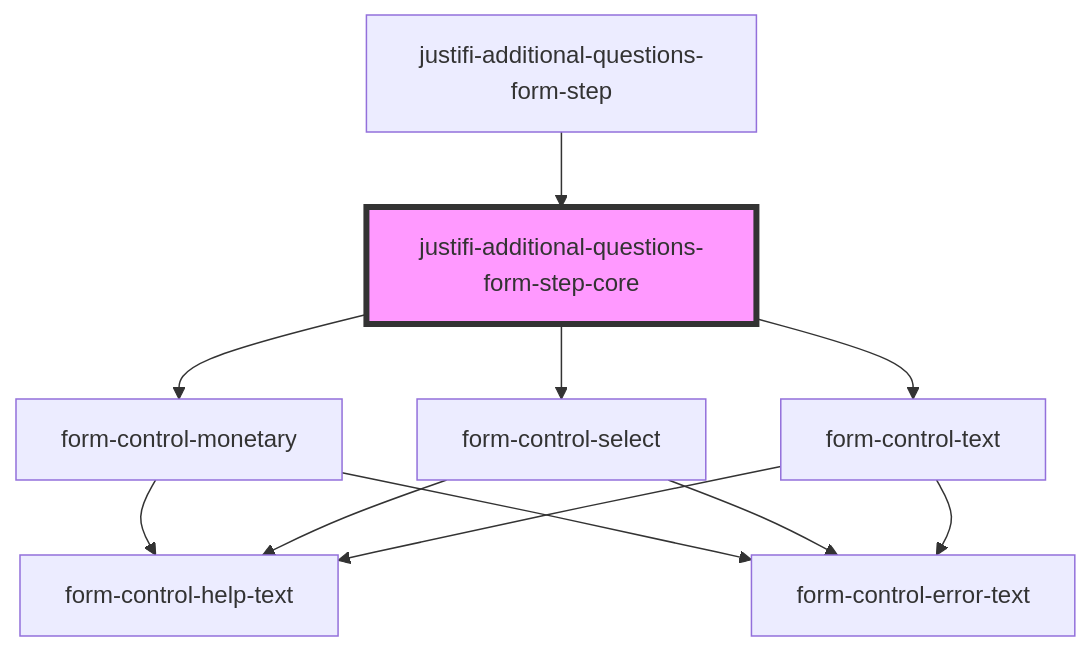
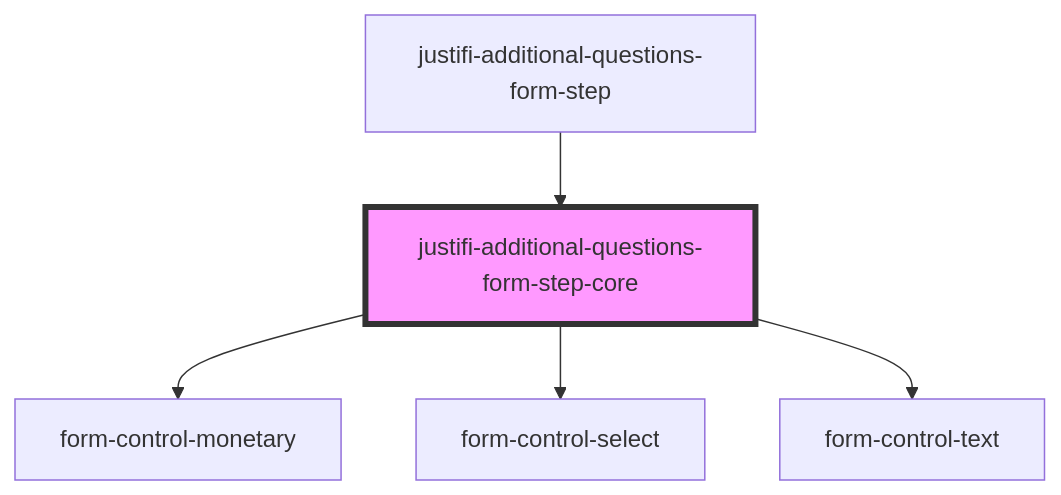
The diagram in packages/webcomponents/src/components/business-forms/payment-provisioning/additional-questions/readme.md (justifi-tech/web-component-library), drawn with Mermaid before and after one commit. The commit also changed 71 other files, not shown here.

````diff
--- a/packages/webcomponents/src/components/business-forms/payment-provisioning/additional-questions/readme.md
+++ b/packages/webcomponents/src/components/business-forms/payment-provisioning/additional-questions/readme.md
@@ -58,14 +58,8 @@
 ```mermaid
 graph TD;
   justifi-additional-questions-form-step-core --> form-control-monetary
   justifi-additional-questions-form-step-core --> form-control-select
   justifi-additional-questions-form-step-core --> form-control-text
-  form-control-monetary --> form-control-help-text
-  form-control-monetary --> form-control-error-text
-  form-control-select --> form-control-help-text
-  form-control-select --> form-control-error-text
-  form-control-text --> form-control-help-text
-  form-control-text --> form-control-error-text
   justifi-additional-questions-form-step --> justifi-additional-questions-form-step-core
   style justifi-additional-questions-form-step-core fill:#f9f,stroke:#333,stroke-width:4px
 ```
````
